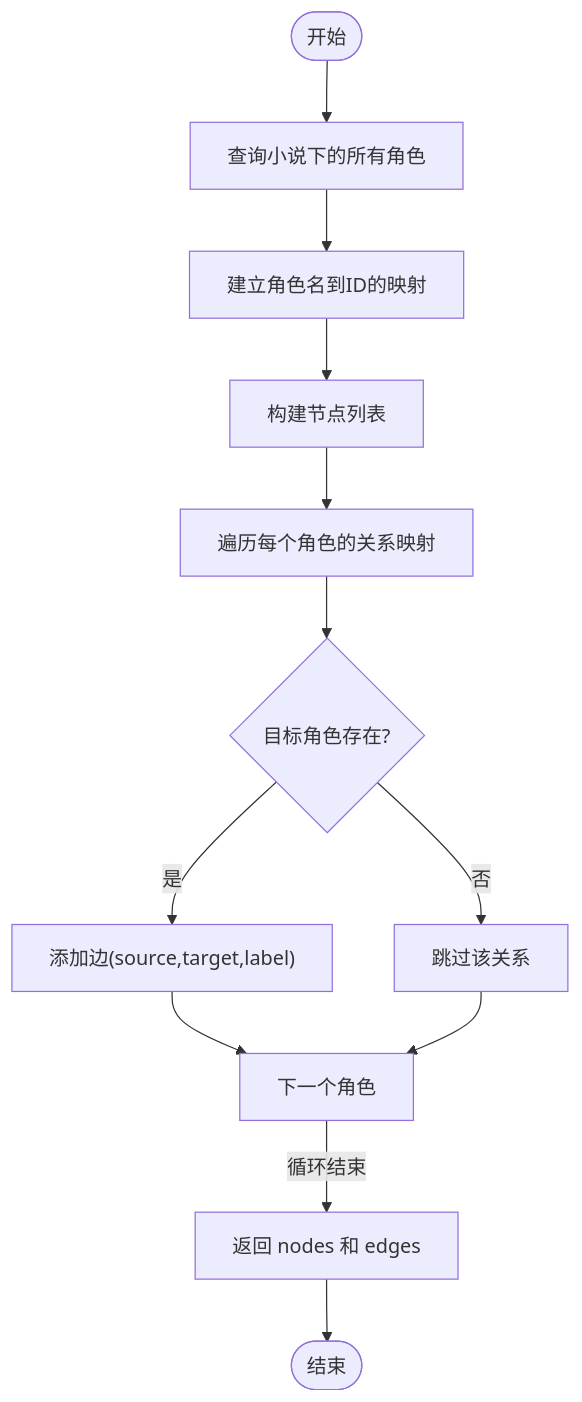
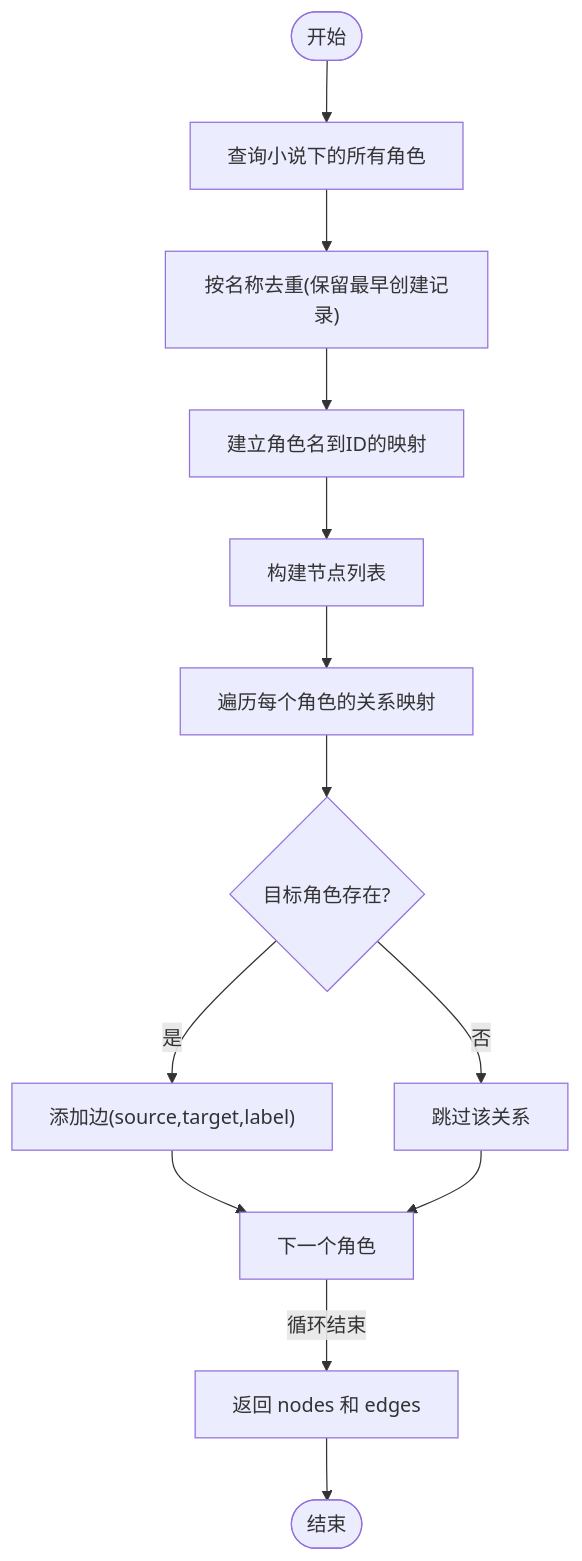
The eighth of 10 diagrams in .qoder/repowiki/zh/content/API接口文档/角色管理API.md (xfbyxq/ai-novel-system), drawn with Mermaid before and after one commit. The commit also changed other lines of this file and 11 other files, not shown here.

````diff
--- a/.qoder/repowiki/zh/content/API接口文档/角色管理API.md
+++ b/.qoder/repowiki/zh/content/API接口文档/角色管理API.md
@@ -345,14 +460,15 @@
 ```mermaid
 flowchart TD
 Start(["开始"]) --> LoadChars["查询小说下的所有角色"]
-LoadChars --> BuildMap["建立角色名到ID的映射"]
+LoadChars --> RemoveDup["按名称去重(保留最早创建记录)"]
+RemoveDup --> BuildMap["建立角色名到ID的映射"]
 BuildMap --> Nodes["构建节点列表"]
 Nodes --> Edges["遍历每个角色的关系映射"]
 Edges --> TargetCheck{"目标角色存在?"}
 TargetCheck --> |是| AddEdge["添加边(source,target,label)"]
 TargetCheck --> |否| Skip["跳过该关系"]
 AddEdge --> NextChar["下一个角色"]
 Skip --> NextChar
 NextChar --> |循环结束| Return["返回 nodes 和 edges"]
 Return --> End(["结束"])
 ```
````
